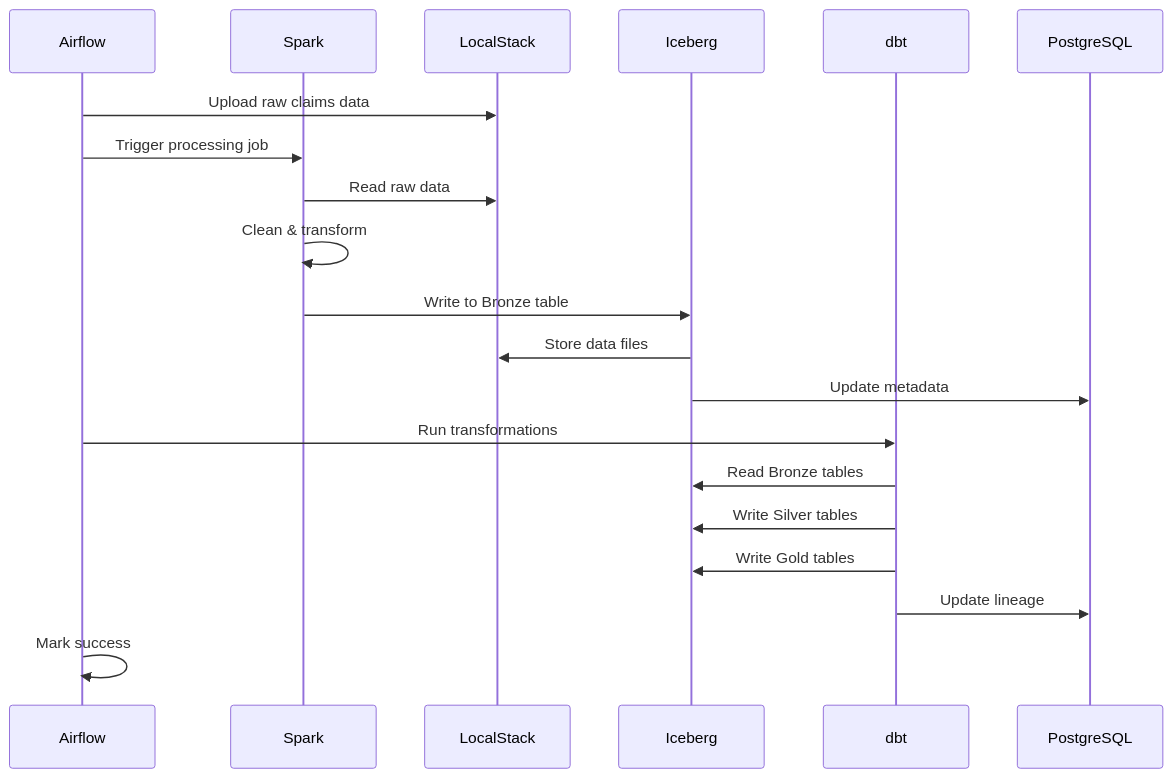
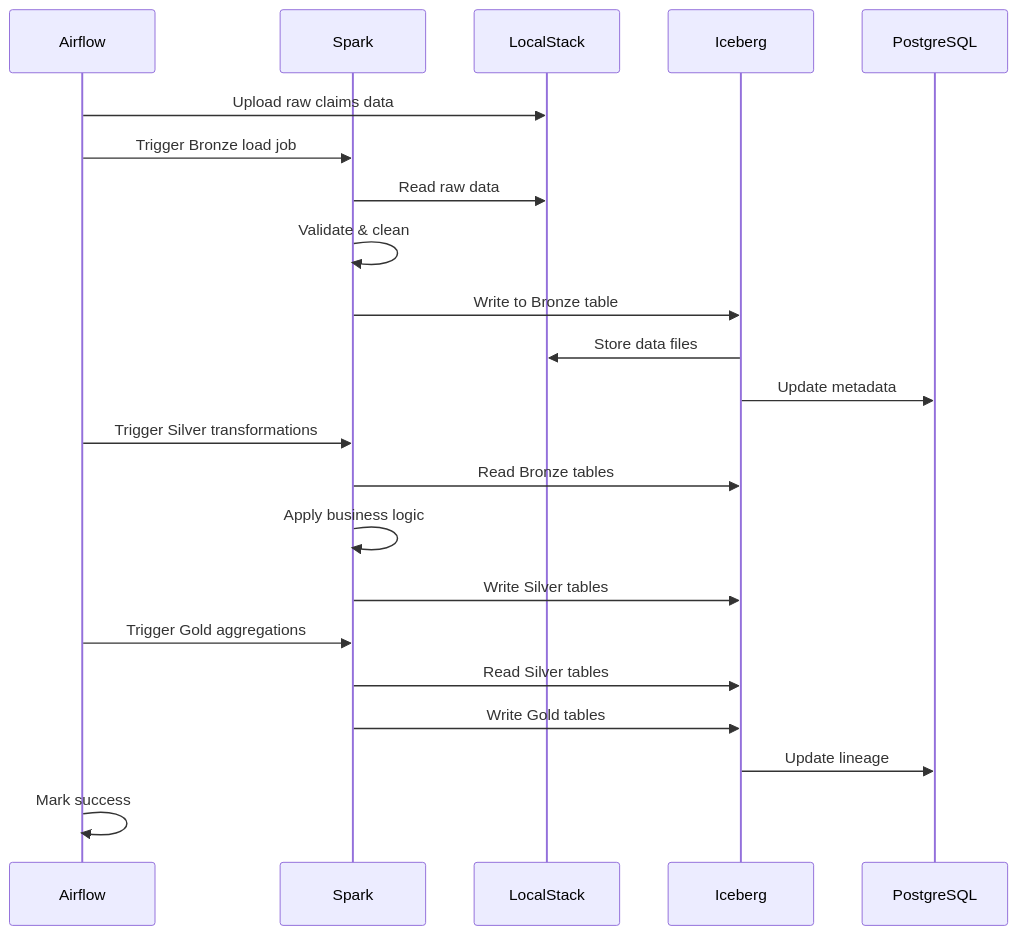
Before and after one commit to zmadni/medflow-analytics: the seventh of 12 diagrams in ARCHITECTURE.md, drawn with Mermaid. The commit also changed other lines of this file, not shown here.

````diff
--- a/ARCHITECTURE.md
+++ b/ARCHITECTURE.md
@@ -370,23 +365,25 @@
 ```mermaid
 sequenceDiagram
     participant Airflow
     participant Spark
     participant LocalStack
     participant Iceberg
-    participant dbt
     participant PostgreSQL
 
     Airflow->>LocalStack: Upload raw claims data
-    Airflow->>Spark: Trigger processing job
+    Airflow->>Spark: Trigger Bronze load job
     Spark->>LocalStack: Read raw data
-    Spark->>Spark: Clean & transform
+    Spark->>Spark: Validate & clean
     Spark->>Iceberg: Write to Bronze table
     Iceberg->>LocalStack: Store data files
     Iceberg->>PostgreSQL: Update metadata
-    Airflow->>dbt: Run transformations
-    dbt->>Iceberg: Read Bronze tables
-    dbt->>Iceberg: Write Silver tables
-    dbt->>Iceberg: Write Gold tables
-    dbt->>PostgreSQL: Update lineage
+    Airflow->>Spark: Trigger Silver transformations
+    Spark->>Iceberg: Read Bronze tables
+    Spark->>Spark: Apply business logic
+    Spark->>Iceberg: Write Silver tables
+    Airflow->>Spark: Trigger Gold aggregations
+    Spark->>Iceberg: Read Silver tables
+    Spark->>Iceberg: Write Gold tables
+    Iceberg->>PostgreSQL: Update lineage
     Airflow->>Airflow: Mark success
 ```
````
